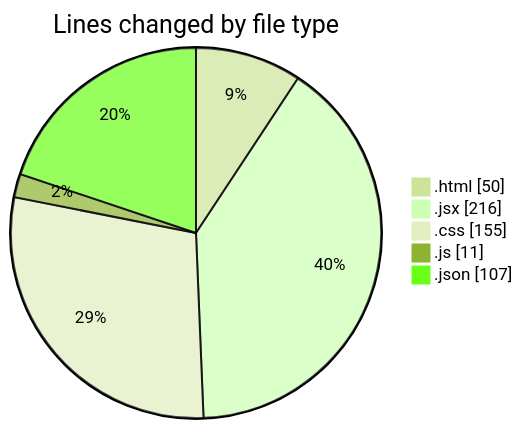
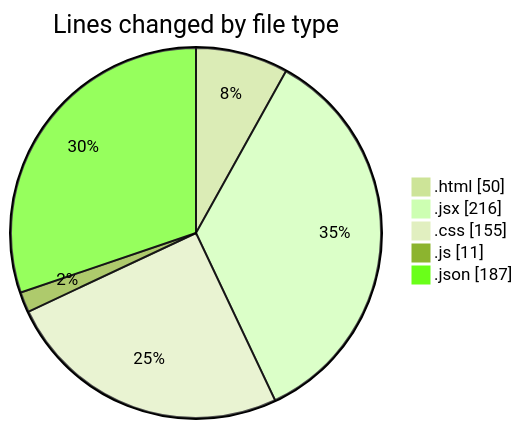
One commit to Elitesun/code-tracking changed the first of 2 diagrams in 2025-02-12/elitegpt/README.md. Above: the diagram before and after it, drawn with Mermaid (forest theme). The commit also changed other lines of this file and 1 other file, not shown here.

````diff
--- a/2025-02-12/elitegpt/README.md
+++ b/2025-02-12/elitegpt/README.md
@@ -30,9 +30,9 @@
 ```mermaid
 pie showData
 title Lines changed by file type
 ".html" : 50
 ".jsx" : 216
 ".css" : 155
 ".js" : 11
-".json" : 107
+".json" : 187
 ```
````
